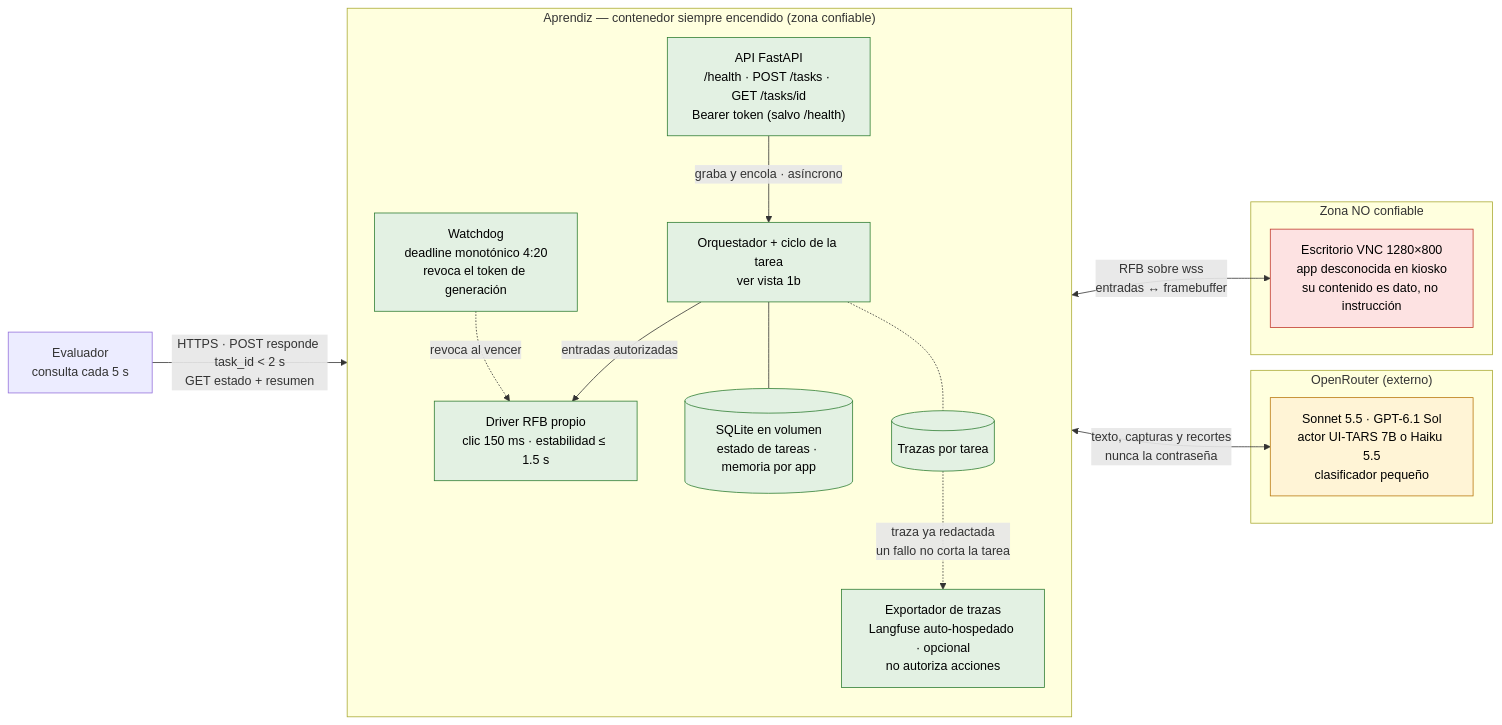
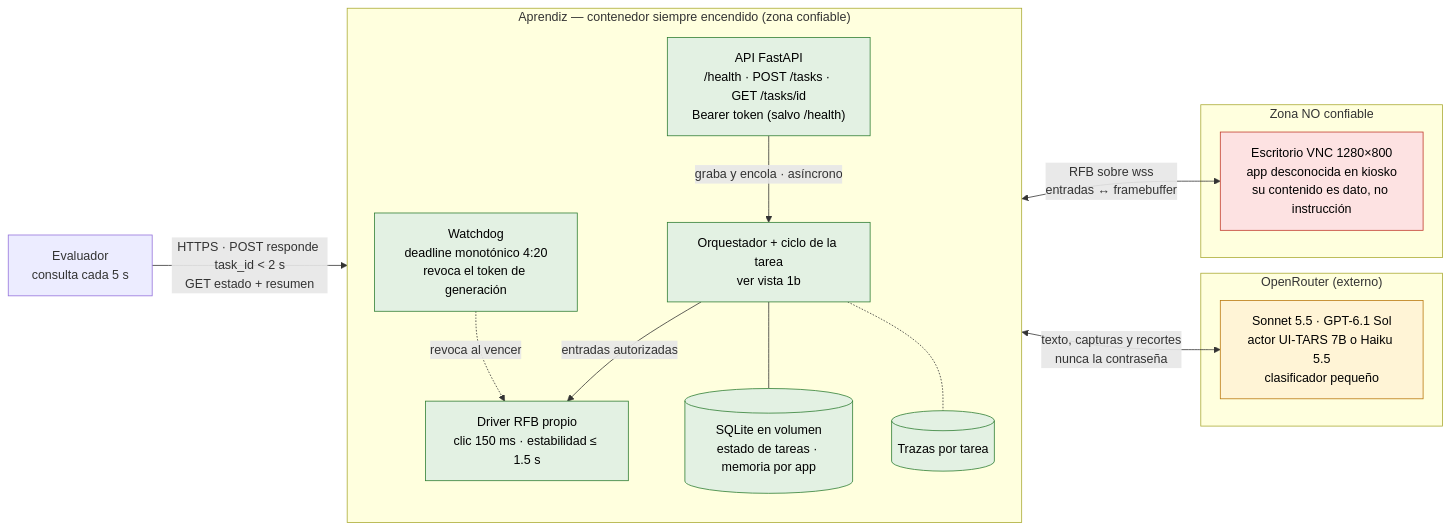
Before and after one commit to JuanMCanchala/frontier-hackathon: the first of 3 diagrams in docs/arquitectura.md, drawn with Mermaid. The commit also changed other lines of this file and 1 other file, not shown here.

Commit message:
docs: restaurar el diseño y la arquitectura entregados a las 12:00
El enlace entregado apunta a docs/diseno.md en main: el evaluador debe
ver el documento tal como se entregó al cierre del system design.

````diff
--- a/docs/arquitectura.md
+++ b/docs/arquitectura.md
@@ -11,40 +11,38 @@
 ```mermaid
 flowchart LR
     EV["Evaluador<br/>consulta cada 5 s"]
 
     subgraph SVC["Aprendiz — contenedor siempre encendido (zona confiable)"]
         direction TB
         API["API FastAPI<br/>/health · POST /tasks · GET /tasks/id<br/>Bearer token (salvo /health)"]
         ORQ["Orquestador + ciclo de la tarea<br/>ver vista 1b"]
         WD["Watchdog<br/>deadline monotónico 4:20<br/>revoca el token de generación"]
         DRV["Driver RFB propio<br/>clic 150 ms · estabilidad ≤ 1.5 s"]
         DB[("SQLite en volumen<br/>estado de tareas · memoria por app")]
         TRZ[("Trazas por tarea")]
-        EXP["Exportador de trazas<br/>Langfuse auto-hospedado · opcional<br/>no autoriza acciones"]
     end
 
     subgraph LLM["OpenRouter (externo)"]
         MOD["Sonnet 5.5 · GPT-6.1 Sol<br/>actor UI-TARS 7B o Haiku 5.5<br/>clasificador pequeño"]
     end
 
     subgraph UNT["Zona NO confiable"]
         APP["Escritorio VNC 1280×800<br/>app desconocida en kiosko<br/>su contenido es dato, no instrucción"]
     end
 
     EV -->|"HTTPS · POST responde task_id < 2 s<br/>GET estado + resumen"| API
     API -->|"graba y encola · asíncrono"| ORQ
     ORQ -->|"entradas autorizadas"| DRV
     WD -.->|"revoca al vencer"| DRV
     DRV <-->|"RFB sobre wss<br/>entradas ↔ framebuffer"| APP
     ORQ <-->|"texto, capturas y recortes<br/>nunca la contraseña"| MOD
     ORQ --- DB
     ORQ -.- TRZ
-    TRZ -.->|"traza ya redactada<br/>un fallo no corta la tarea"| EXP
 
     classDef untrusted fill:#fde2e2,stroke:#c0392b,color:#000
     classDef external fill:#fff4d6,stroke:#b9770e,color:#000
     classDef ours fill:#e3f1e3,stroke:#2e7d32,color:#000
     class APP untrusted
     class MOD external
-    class API,ORQ,WD,DRV,DB,TRZ,EXP ours
+    class API,ORQ,WD,DRV,DB,TRZ ours
 ```
````
